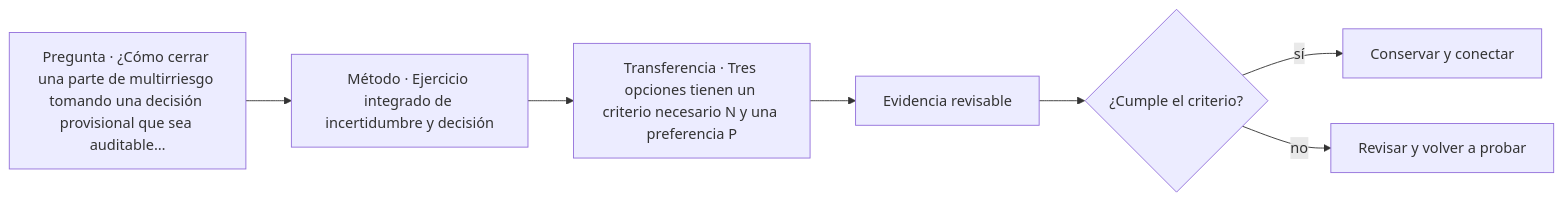
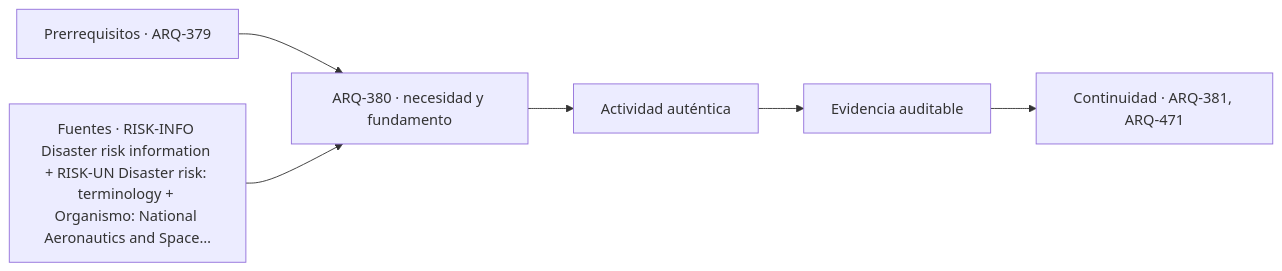
Before and after one commit to vladimiracunadev-create/architecture-built-environment-learning-program: the diagram in classes/parte-38/ARQ-380.md, drawn with Mermaid. The commit also changed other lines of this file and 761 other files, not shown here.

````diff
--- a/classes/parte-38/ARQ-380.md
+++ b/classes/parte-38/ARQ-380.md
@@ -101,9 +113,8 @@
 ```mermaid
 flowchart LR
-    Q["Pregunta · ¿Cómo cerrar una parte de multirriesgo tomando una decisión provisional que sea auditable…"] --> M["Método · Ejercicio integrado de incertidumbre y decisión"]
-    M --> P["Transferencia · Tres opciones tienen un criterio necesario N y una preferencia P"]
-    P --> E["Evidencia revisable"]
-    E --> C{"¿Cumple el criterio?"}
-    C -->|sí| T["Conservar y conectar"]
-    C -->|no| R["Revisar y volver a probar"]
+    A["Prerrequisitos · ARQ-379"] --> B["ARQ-380 · necesidad y fundamento"]
+    S["Fuentes · RISK-INFO Disaster risk information + RISK-UN Disaster risk: terminology + Organismo: National Aeronautics and Space…"] --> B
+    B --> C["Actividad auténtica"]
+    C --> D["Evidencia auditable"]
+    D --> E["Continuidad · ARQ-381, ARQ-471"]
 ```
````
